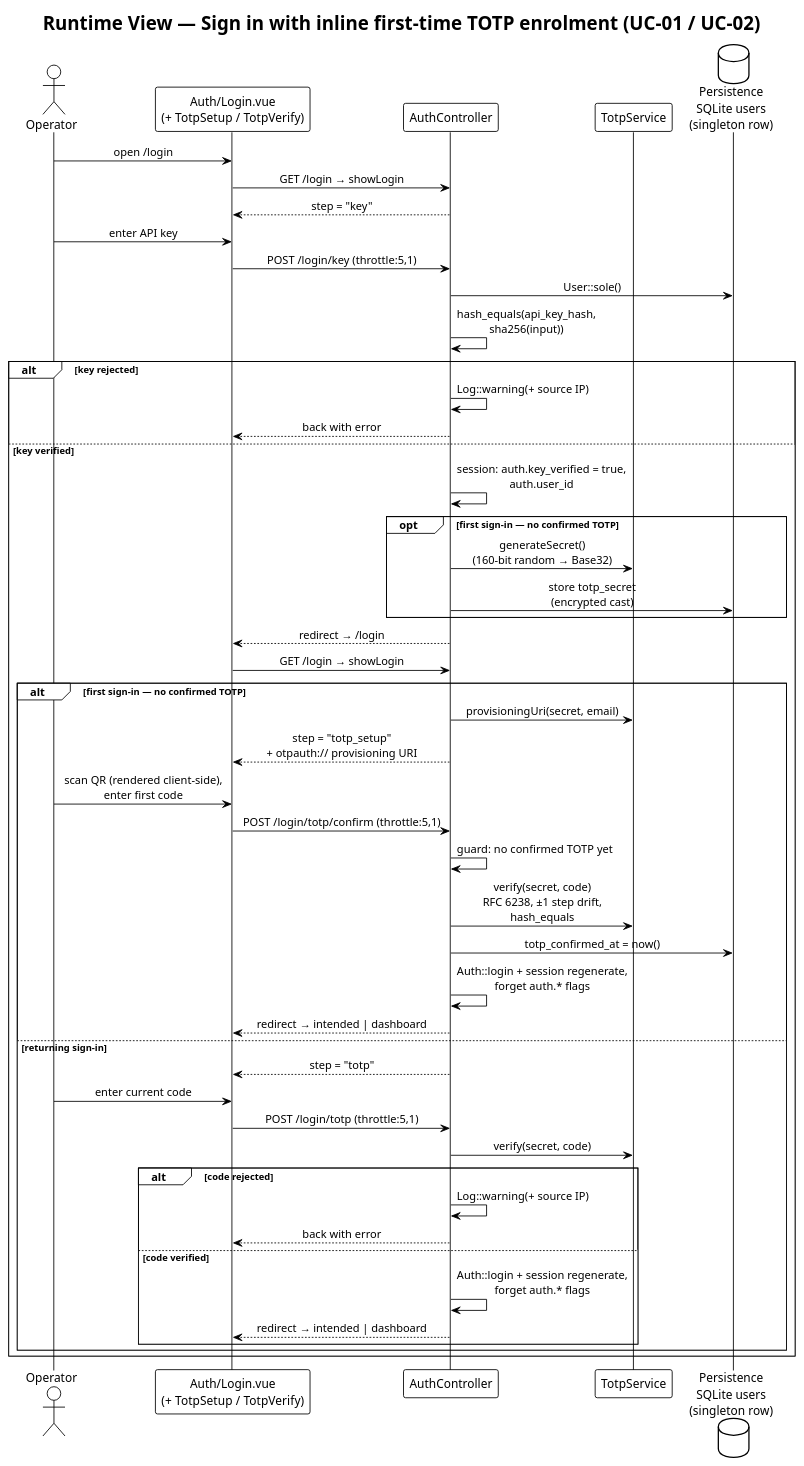
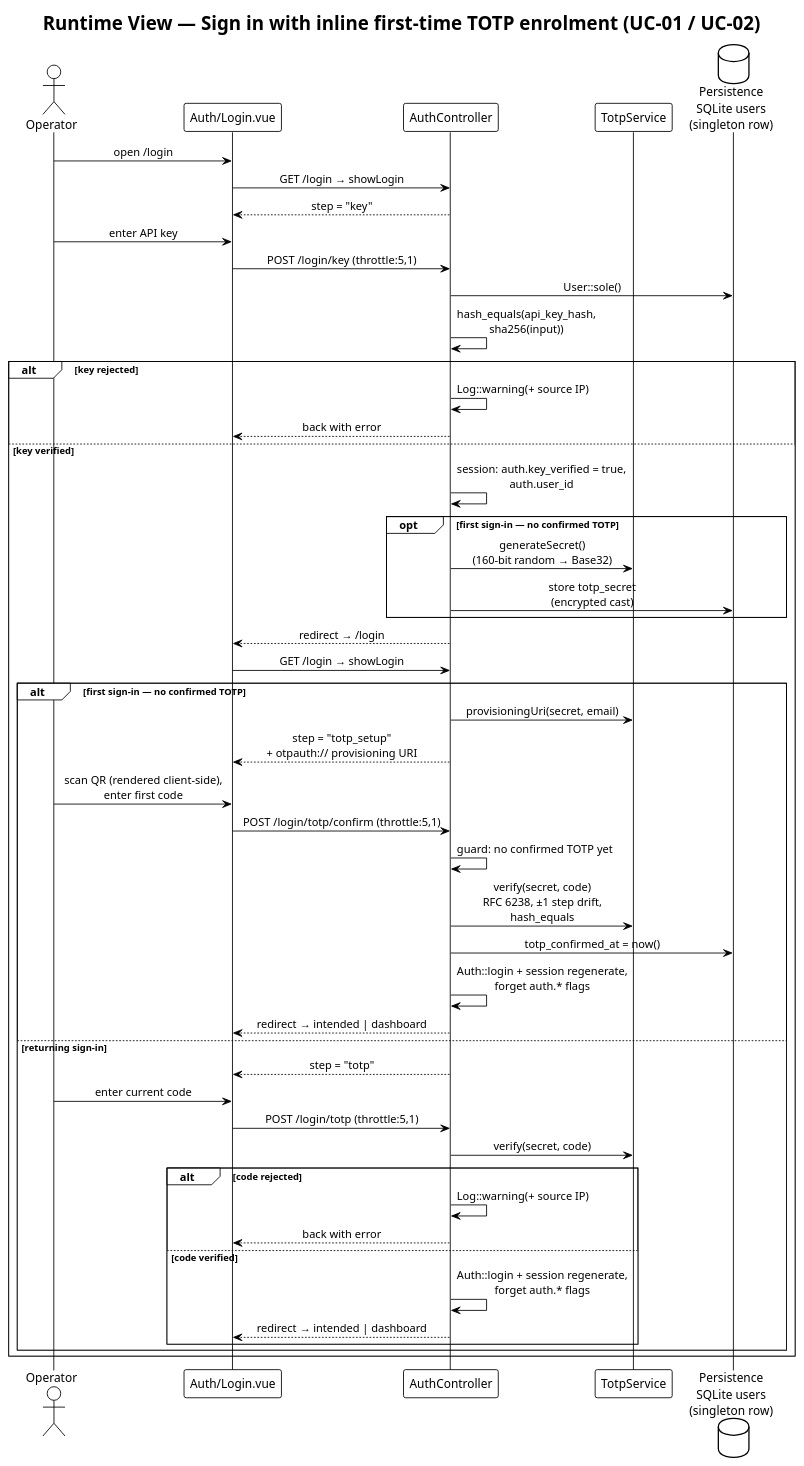
The diagram in docs/arch/diagrams/a06-sign-in.plantuml (carstenlucke/herold), drawn with PlantUML before and after one commit. The commit also changed 8 other files, not shown here.

First line of the commit message:
refactor(auth): remove unused TOTP setup endpoint and dead auth pages

```diff
--- a/docs/arch/diagrams/a06-sign-in.plantuml
+++ b/docs/arch/diagrams/a06-sign-in.plantuml
@@ -1,58 +1,58 @@
 @startuml a06-sign-in
 !theme plain
 skinparam sequenceMessageAlign center
 
 title Runtime View — Sign in with inline first-time TOTP enrolment (UC-01 / UC-02)
 
 actor Operator as op
-participant "Auth/Login.vue\n(+ TotpSetup / TotpVerify)" as ui
+participant "Auth/Login.vue" as ui
 participant "AuthController" as auth
 participant "TotpService" as totp
 database "Persistence\nSQLite users\n(singleton row)" as db
 
 op -> ui : open /login
 ui -> auth : GET /login → showLogin
 auth --> ui : step = "key"
 
 op -> ui : enter API key
 ui -> auth : POST /login/key (throttle:5,1)
 auth -> db : User::sole()
 auth -> auth : hash_equals(api_key_hash,\nsha256(input))
 
 alt key rejected
   auth -> auth : Log::warning(+ source IP)
   auth --> ui : back with error
 else key verified
   auth -> auth : session: auth.key_verified = true,\nauth.user_id
   opt first sign-in — no confirmed TOTP
     auth -> totp : generateSecret()\n(160-bit random → Base32)
     auth -> db : store totp_secret\n(encrypted cast)
   end
   auth --> ui : redirect → /login
   ui -> auth : GET /login → showLogin
   alt first sign-in — no confirmed TOTP
     auth -> totp : provisioningUri(secret, email)
     auth --> ui : step = "totp_setup"\n+ otpauth:// provisioning URI
     op -> ui : scan QR (rendered client-side),\nenter first code
     ui -> auth : POST /login/totp/confirm (throttle:5,1)
     auth -> auth : guard: no confirmed TOTP yet
     auth -> totp : verify(secret, code)\nRFC 6238, ±1 step drift,\nhash_equals
     auth -> db : totp_confirmed_at = now()
     auth -> auth : Auth::login + session regenerate,\nforget auth.* flags
     auth --> ui : redirect → intended | dashboard
   else returning sign-in
     auth --> ui : step = "totp"
     op -> ui : enter current code
     ui -> auth : POST /login/totp (throttle:5,1)
     auth -> totp : verify(secret, code)
     alt code rejected
       auth -> auth : Log::warning(+ source IP)
       auth --> ui : back with error
     else code verified
       auth -> auth : Auth::login + session regenerate,\nforget auth.* flags
       auth --> ui : redirect → intended | dashboard
     end
   end
 end
 
 @enduml
```
